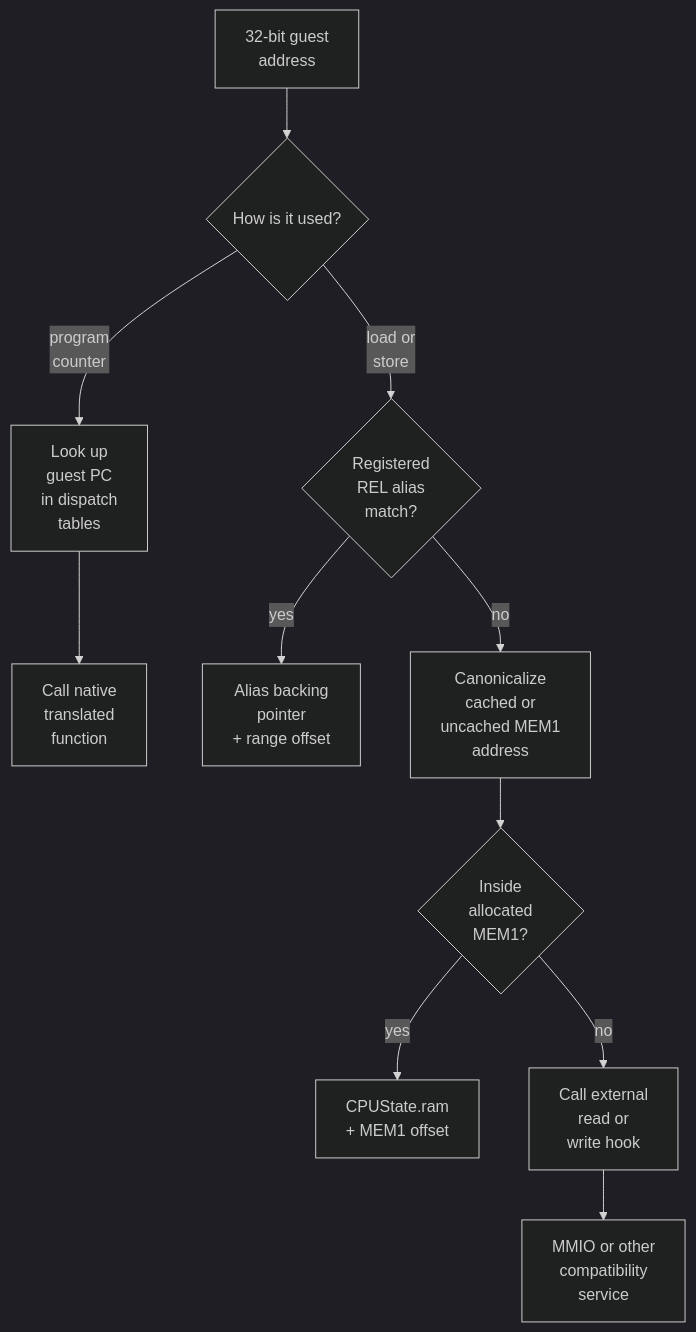
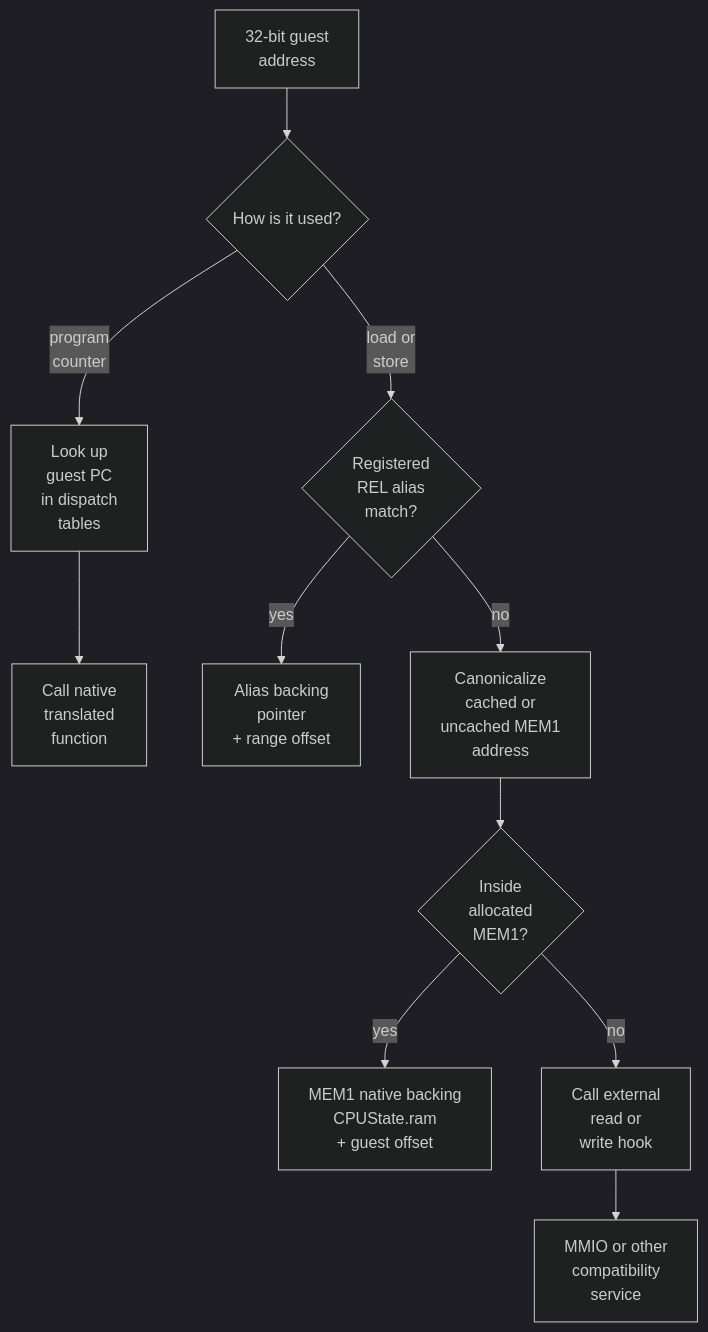
One commit to Aelbannan/boat_of_daphnes changed the fourth of 5 diagrams in docs/architecture/GuestState.md. Above: the diagram before and after it, drawn with Mermaid (dark theme). The commit also changed other lines of this file, not shown here.

Commit message:
docs: align guest-state diagrams and ownership

````diff
--- a/docs/architecture/GuestState.md
+++ b/docs/architecture/GuestState.md
@@ -448,44 +455,45 @@
 ```mermaid
 flowchart TD
     Address["`32-bit guest
 address`"]
     Use{"How is it used?"}
     Dispatch["`Look up
 guest PC
 in dispatch
 tables`"]
     Native["`Call native
 translated
 function`"]
     Alias{"`Registered
 REL alias
 match?`"}
     AliasPointer["`Alias backing
 pointer
 + range offset`"]
     Mirror["`Canonicalize
 cached or
 uncached MEM1
 address`"]
     RAM{"`Inside
 allocated
 MEM1?`"}
-    RAMPointer["`CPUState.ram
-+ MEM1 offset`"]
+    RAMPointer["`MEM1 native backing
+CPUState.ram
++ guest offset`"]
     Callback["`Call external
 read or
 write hook`"]
     Service["`MMIO or other
 compatibility
 service`"]
 
     Address --> Use
     Use -->|"`program
 counter`"| Dispatch --> Native
     Use -->|"`load or
 store`"| Alias
     Alias -->|"yes"| AliasPointer
     Alias -->|"no"| Mirror --> RAM
     RAM -->|"yes"| RAMPointer
     RAM -->|"no"| Callback --> Service
 ```
````
